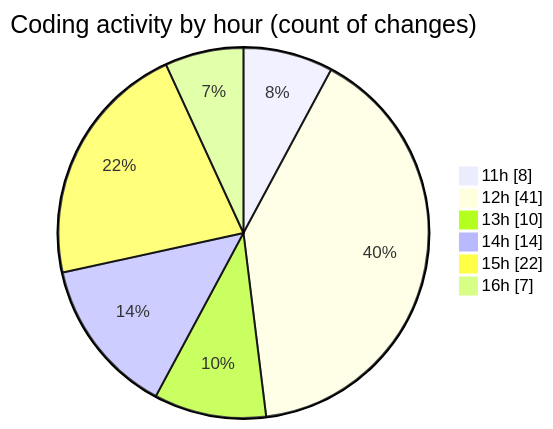
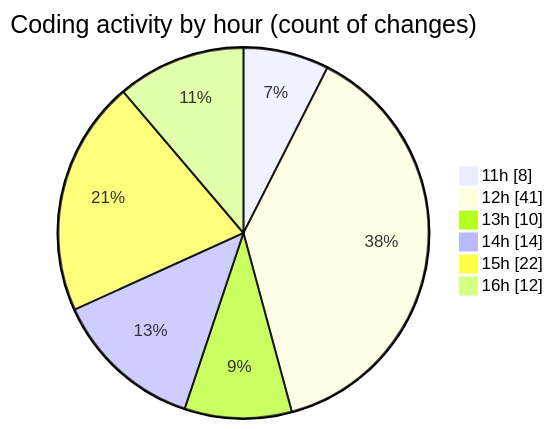
The second of 2 diagrams in 2025-05-04/project/README.md (BS-eng2023/code-tracking), drawn with Mermaid before and after one commit. The commit also changed other lines of this file and 1 other file, not shown here.

````diff
--- a/2025-05-04/project/README.md
+++ b/2025-05-04/project/README.md
@@ -51,10 +51,10 @@
 ```mermaid
 pie showData
 title Coding activity by hour (count of changes)
 "11h" : 8
 "12h" : 41
 "13h" : 10
 "14h" : 14
 "15h" : 22
-"16h" : 7
+"16h" : 12
 ```
````
